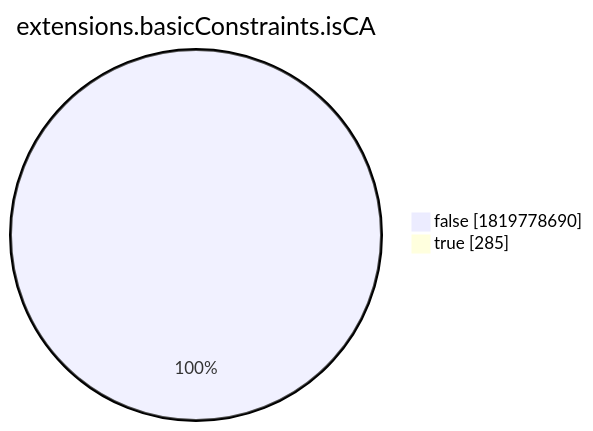
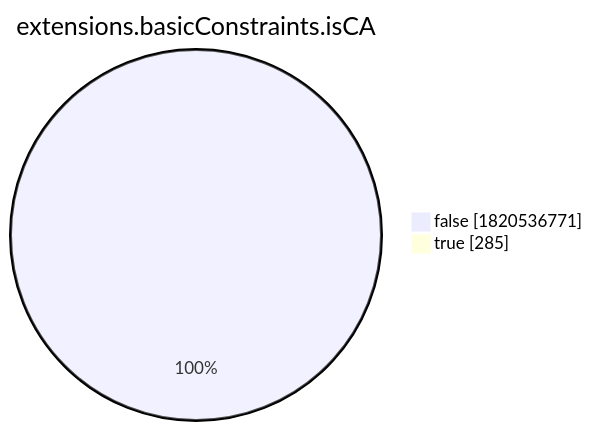
The eighth of 15 diagrams in xenon2022/README.md (christiankrug/ctmonitor_visualization), drawn with Mermaid before and after one commit. The commit also changed other lines of this file, not shown here.

````diff
--- a/xenon2022/README.md
+++ b/xenon2022/README.md
@@ -2868,6 +2868,6 @@
 ```mermaid
 pie showData
 title extensions.basicConstraints.isCA
-"false" :1819778690
+"false" :1820536771
 "true" :285
 ```
````
